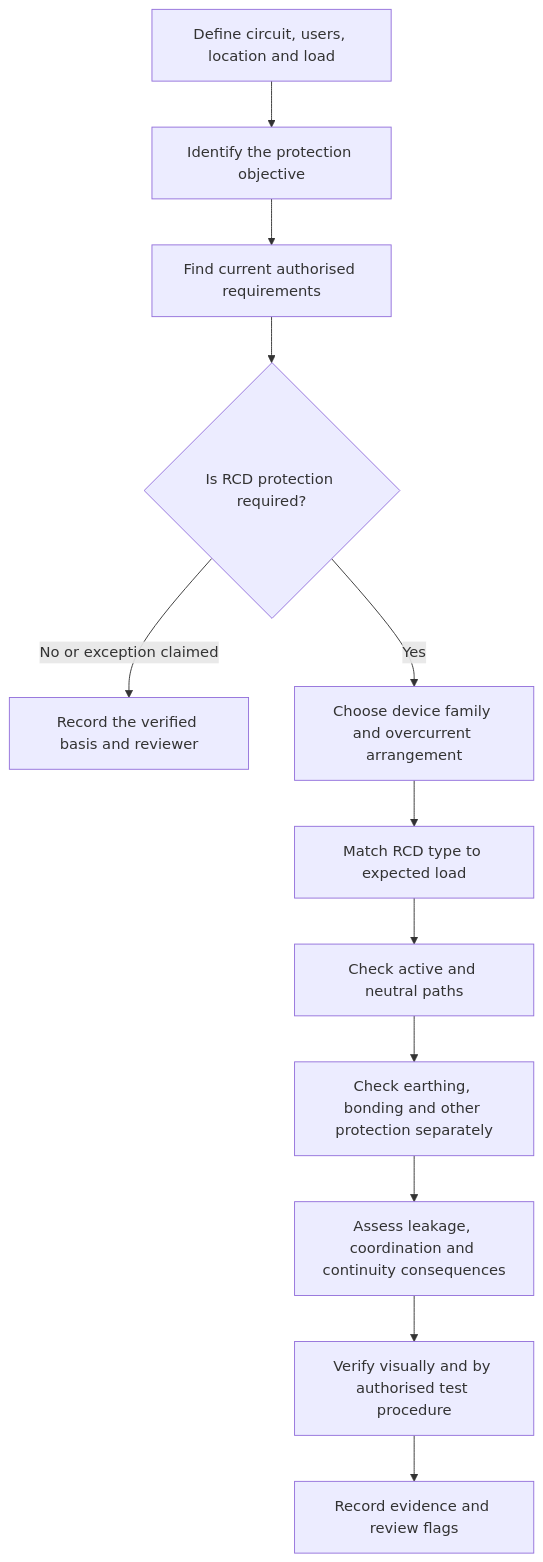
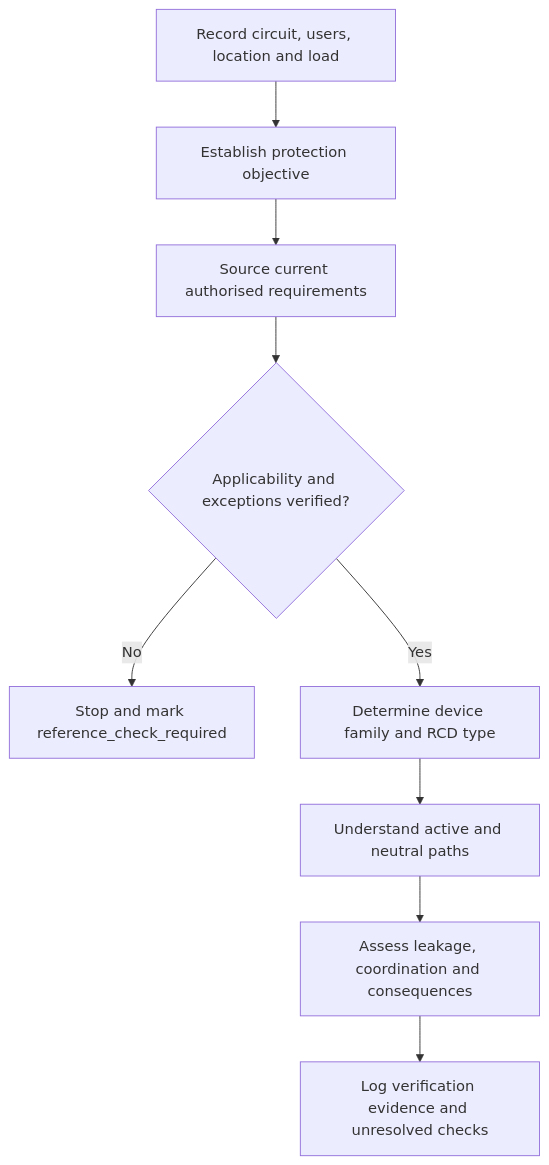
One commit to andrew3stedall/capstone changed the first of 2 diagrams in docs/learning-plans/4-week/modules/day-04-rcd-protection-and-additional-protection.md. Above: the diagram before and after it, drawn with Mermaid. The commit also changed other lines of this file, not shown here.

Commit message:
docs: strengthen Day 4 RCD learning module

````diff
--- a/docs/learning-plans/4-week/modules/day-04-rcd-protection-and-additional-protection.md
+++ b/docs/learning-plans/4-week/modules/day-04-rcd-protection-and-additional-protection.md
@@ -156,14 +160,11 @@
 ```mermaid
 flowchart TD
-    A["Define circuit, users, location and load"] --> B["Identify the protection objective"]
-    B --> C["Find current authorised requirements"]
-    C --> D{"Is RCD protection required?"}
-    D -->|"No or exception claimed"| E["Record the verified basis and reviewer"]
-    D -->|"Yes"| F["Choose device family and overcurrent arrangement"]
-    F --> G["Match RCD type to expected load"]
-    G --> H["Check active and neutral paths"]
-    H --> I["Check earthing, bonding and other protection separately"]
-    I --> J["Assess leakage, coordination and continuity consequences"]
-    J --> K["Verify visually and by authorised test procedure"]
-    K --> L["Record evidence and review flags"]
+    A["Record circuit, users, location and load"] --> B["Establish protection objective"]
+    B --> C["Source current authorised requirements"]
+    C --> D{"Applicability and exceptions verified?"}
+    D -->|"No"| E["Stop and mark reference_check_required"]
+    D -->|"Yes"| F["Determine device family and RCD type"]
+    F --> G["Understand active and neutral paths"]
+    G --> H["Assess leakage, coordination and consequences"]
+    H --> I["Log verification evidence and unresolved checks"]
 ```
````
